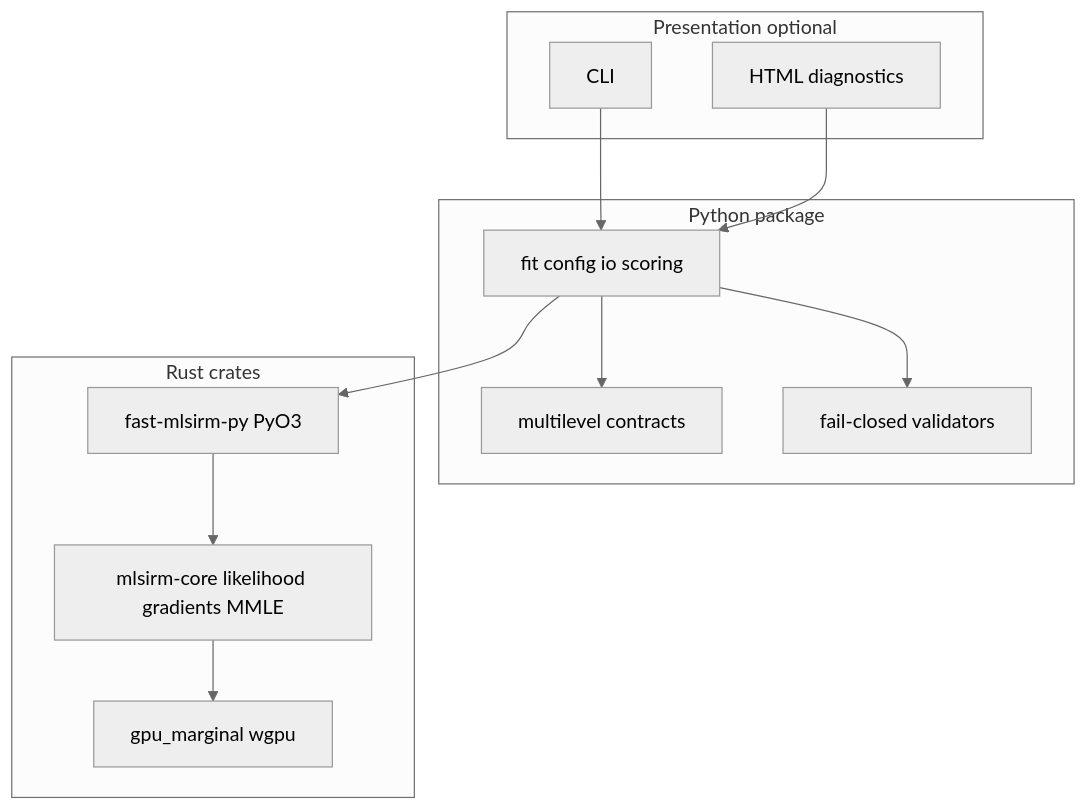
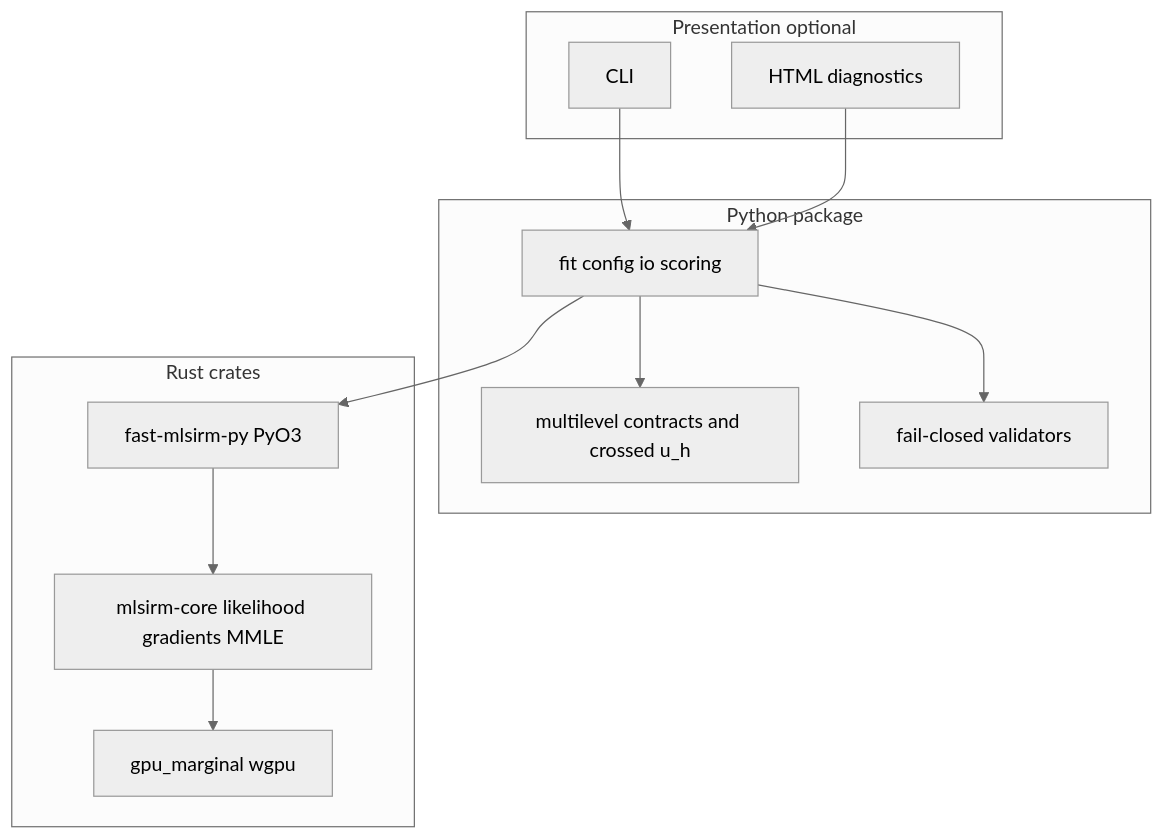
One commit to ContextualWisdomLab/fast-mlsirm changed the diagram in docs/GOVERNANCE_INDEX.md. Above: the diagram before and after it, drawn with Mermaid (neutral theme). The commit also changed other lines of this file and 17 other files, not shown here.

First line of the commit message:
feat(multilevel): replay crossed multiple-membership estimator on current review workflow (#1014)

````diff
--- a/docs/GOVERNANCE_INDEX.md
+++ b/docs/GOVERNANCE_INDEX.md
@@ -94,24 +94,24 @@
 ```mermaid
 flowchart TB
   subgraph presentation [Presentation optional]
     CLI[CLI]
     HTML[HTML diagnostics]
   end
   subgraph py [Python package]
     API[fit config io scoring]
-    ML[multilevel contracts]
+    ML[multilevel contracts and crossed u_h]
     VAL[fail-closed validators]
   end
   subgraph rust [Rust crates]
     CORE[mlsirm-core likelihood gradients MMLE]
     GPU[gpu_marginal wgpu]
     PYO3[fast-mlsirm-py PyO3]
   end
   CLI --> API
   HTML --> API
   API --> VAL
   API --> ML
   API --> PYO3
   PYO3 --> CORE
   CORE --> GPU
 ```
````
